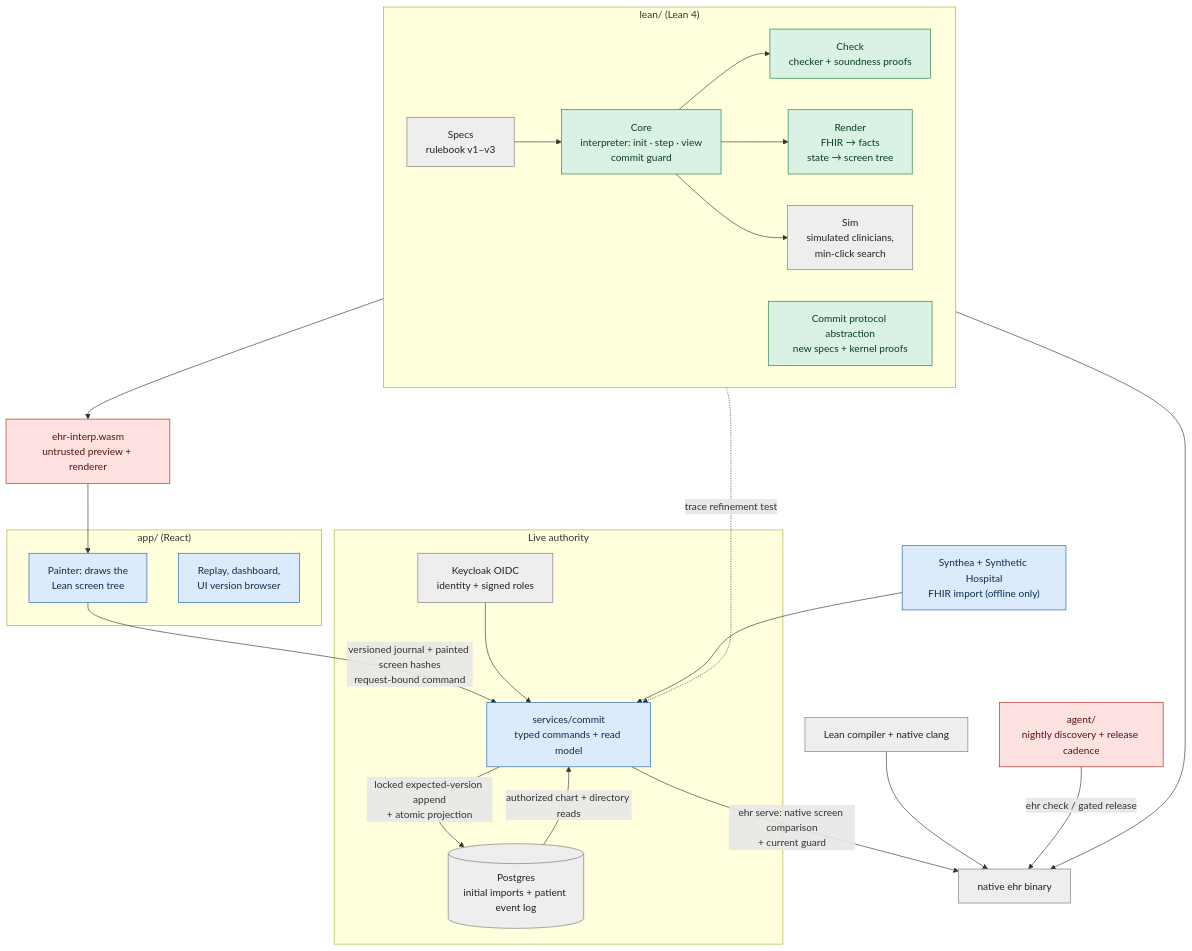
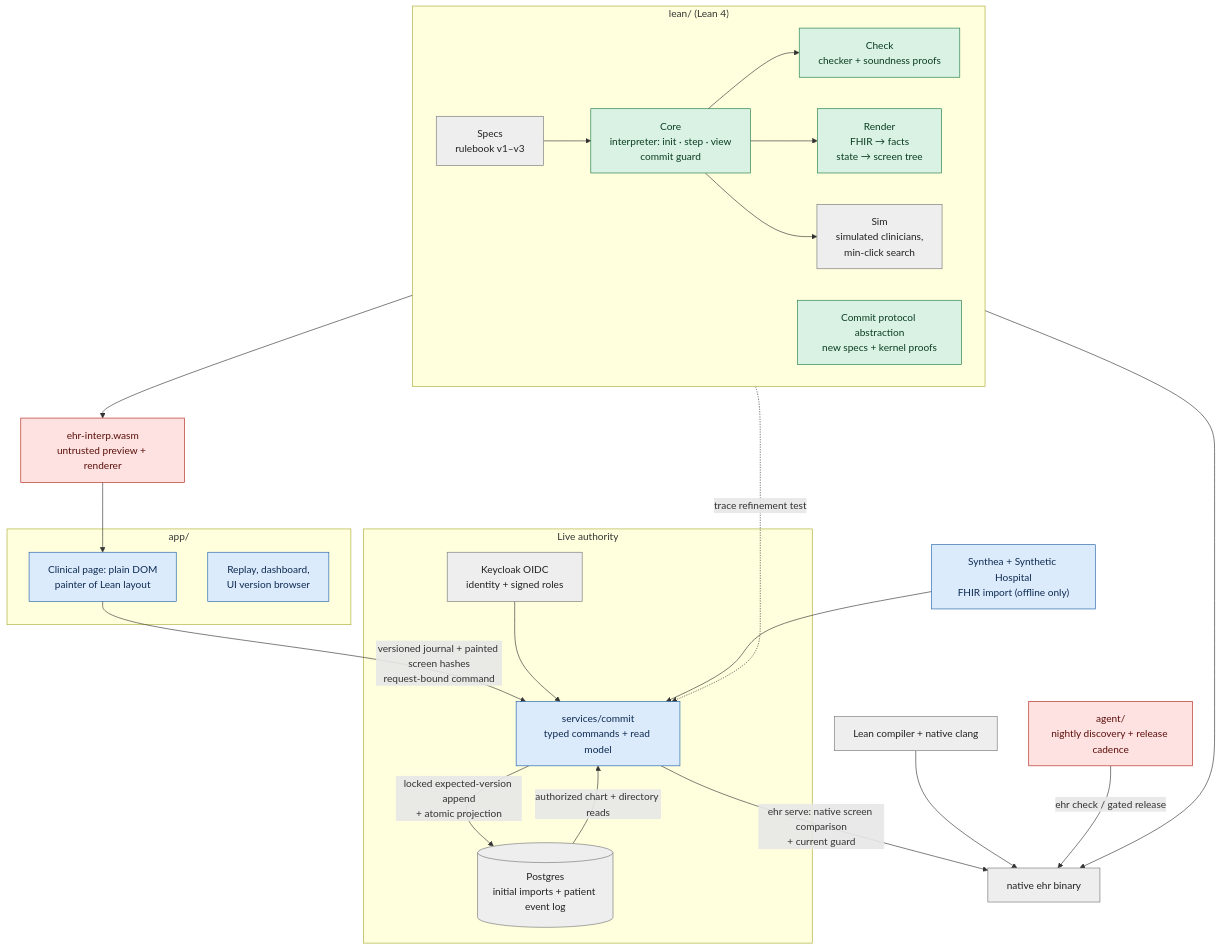
Before and after one commit to saithat/VGI-Health: the second of 3 diagrams in docs/architecture.md, drawn with Mermaid. The commit also changed other lines of this file and 6 other files, not shown here.

````diff
--- a/docs/architecture.md
+++ b/docs/architecture.md
@@ -50,50 +52,50 @@
 ```mermaid
 flowchart TB
   classDef proved fill:#d9f2e3,stroke:#1b7a43,color:#0b3d22
   classDef checked fill:#dcebfb,stroke:#1f5fa8,color:#0d2b52
   classDef trusted fill:#eeeeee,stroke:#777,color:#222
   classDef untrusted fill:#fde2e1,stroke:#b42318,color:#5c100b
 
   subgraph LEAN["lean/ (Lean 4)"]
     direction LR
     SPECS["Specs<br/>rulebook v1–v3"]:::trusted
     PROTOCOL["Commit protocol abstraction<br/>new specs + kernel proofs"]:::proved
     CORE["Core<br/>interpreter: init · step · view<br/>commit guard"]:::proved
     CHECK["Check<br/>checker + soundness proofs"]:::proved
     RENDER["Render<br/>FHIR → facts<br/>state → screen tree"]:::proved
     SIM["Sim<br/>simulated clinicians,<br/>min-click search"]:::trusted
     SPECS --> CORE --> CHECK
     CORE --> RENDER
     CORE --> SIM
   end
 
   TOOLCHAIN["Lean compiler + native clang"]:::trusted
   TOOLCHAIN --> NATIVE
   NATIVE["native ehr binary"]:::trusted
   WASM["ehr-interp.wasm<br/>untrusted preview + renderer"]:::untrusted
   LEAN --> NATIVE
   LEAN --> WASM
 
-  subgraph BROWSER["app/ (React)"]
-    PAINTER["Painter: draws the<br/>Lean screen tree"]:::checked
+  subgraph BROWSER["app/"]
+    PAINTER["Clinical page: plain DOM<br/>painter of Lean layout"]:::checked
     DASH["Replay, dashboard,<br/>UI version browser"]:::checked
   end
   WASM --> PAINTER
 
   AGENT["agent/<br/>nightly discovery + release cadence"]:::untrusted
   AGENT -->|"ehr check / gated release"| NATIVE
 
   subgraph BACKEND["Live authority"]
     COMMIT["services/commit<br/>typed commands + read model"]:::checked
     STORE[("Postgres<br/>initial imports + patient event log")]:::trusted
     OIDC["Keycloak OIDC<br/>identity + signed roles"]:::trusted
   end
   IMPORT["Synthea + Synthetic Hospital<br/>FHIR import (offline only)"]:::checked
   PAINTER -->|"versioned journal + painted screen hashes<br/>request-bound command"| COMMIT
   PROTOCOL -.->|"trace refinement test"| COMMIT
   OIDC --> COMMIT
   COMMIT -->|"ehr serve: native screen comparison<br/>+ current guard"| NATIVE
   COMMIT -->|"locked expected-version append<br/>+ atomic projection"| STORE
   STORE -->|"authorized chart + directory reads"| COMMIT
   IMPORT --> COMMIT
 ```
````
